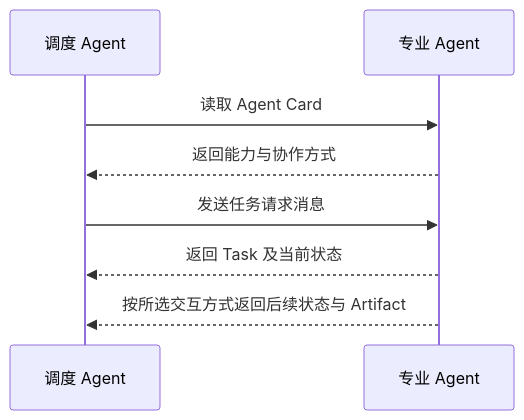
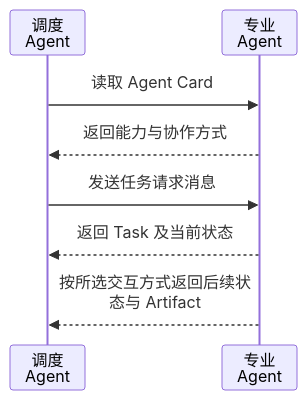
Before and after one commit to zongyangbigpolo/awesome-ai-roadmap: the third of 4 diagrams in docs/agent/01-foundations/01-agent-foundations.zh.md, drawn with Mermaid. The commit also changed other lines of this file and 320 other files, not shown here.

First line of the commit message:
Prepare compact bilingual diagrams and centralized references for Kindle RC2

````diff
--- a/docs/agent/01-foundations/01-agent-foundations.zh.md
+++ b/docs/agent/01-foundations/01-agent-foundations.zh.md
@@ -222,11 +239,12 @@
 ```mermaid
+%%{init: {"sequence": {"width": 75, "height": 45, "actorMargin": 10, "diagramMarginX": 5, "messageMargin": 18, "wrap": true, "wrapPadding": 5}}}%%
 sequenceDiagram
     participant A as 调度 Agent
     participant B as 专业 Agent
 
     A->>B: 读取 Agent Card
     B-->>A: 返回能力与协作方式
     A->>B: 发送任务请求消息
     B-->>A: 返回 Task 及当前状态
-    B-->>A: 按所选交互方式返回后续状态与 Artifact
+    B-->>A: 按所选交互方式返回后续状<br/>态与 Artifact
 ```
````
